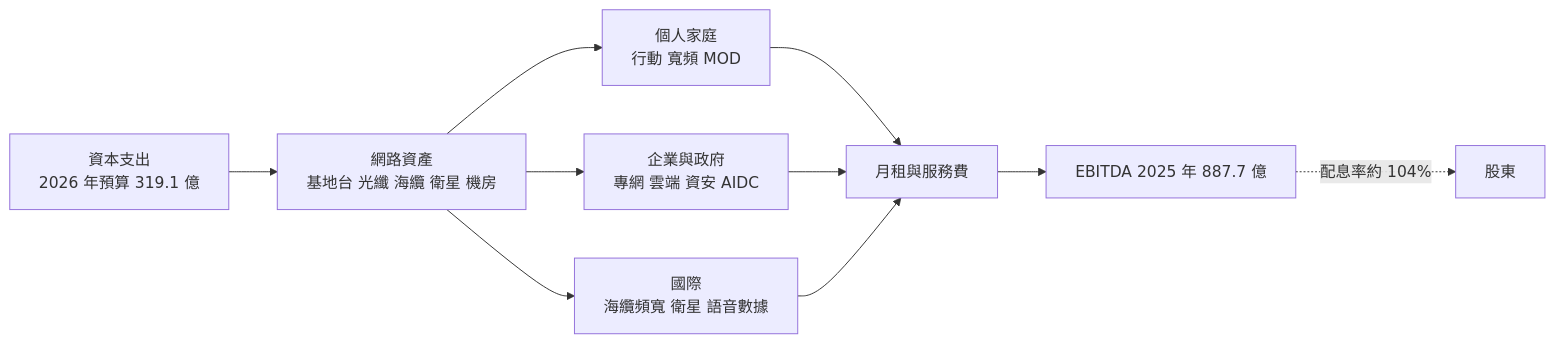
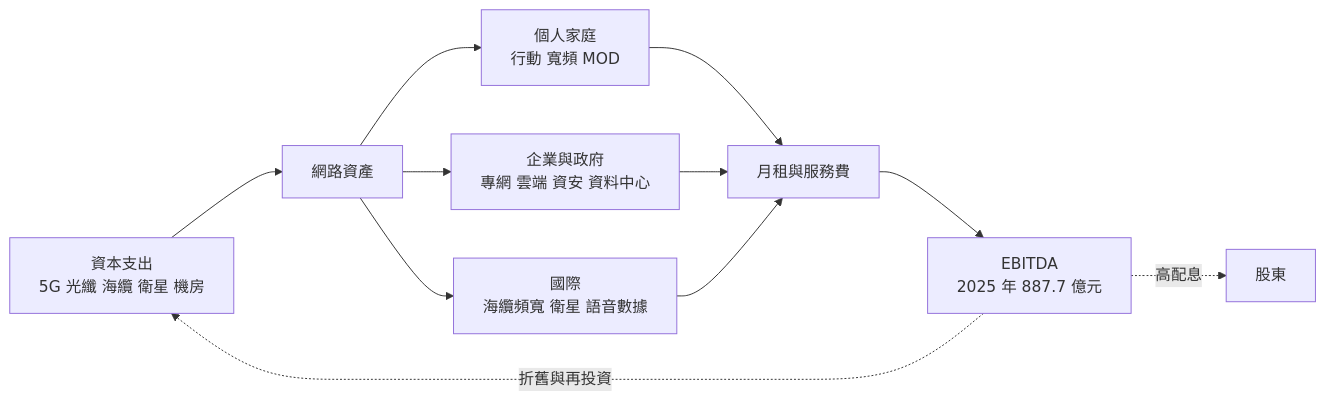
Before and after one commit to wangnick1004/taiwan-stock-vault: the second of 4 diagrams in 個股/台股/2412中華電.md, drawn with Mermaid. The commit also changed other lines of this file and 12 other files, not shown here.

````diff
--- a/個股/台股/2412中華電.md
+++ b/個股/台股/2412中華電.md
@@ -75,12 +69,13 @@
 ```mermaid
 flowchart LR
-    A["資本支出<br/>2026 年預算 319.1 億"] --> B["網路資產<br/>基地台 光纖 海纜 衛星 機房"]
+    A["資本支出<br/>5G 光纖 海纜 衛星 機房"] --> B[網路資產]
     B --> C["個人家庭<br/>行動 寬頻 MOD"]
-    B --> D["企業與政府<br/>專網 雲端 資安 AIDC"]
+    B --> D["企業與政府<br/>專網 雲端 資安 資料中心"]
     B --> E["國際<br/>海纜頻寬 衛星 語音數據"]
     C --> F[月租與服務費]
     D --> F
     E --> F
-    F --> G[EBITDA 2025 年 887.7 億]
-    G -. 配息率約 104% .-> H[股東]
+    F --> G["EBITDA<br/>2025 年 887.7 億元"]
+    G -. 折舊與再投資 .-> A
+    G -. 高配息 .-> H[股東]
 ```
````
